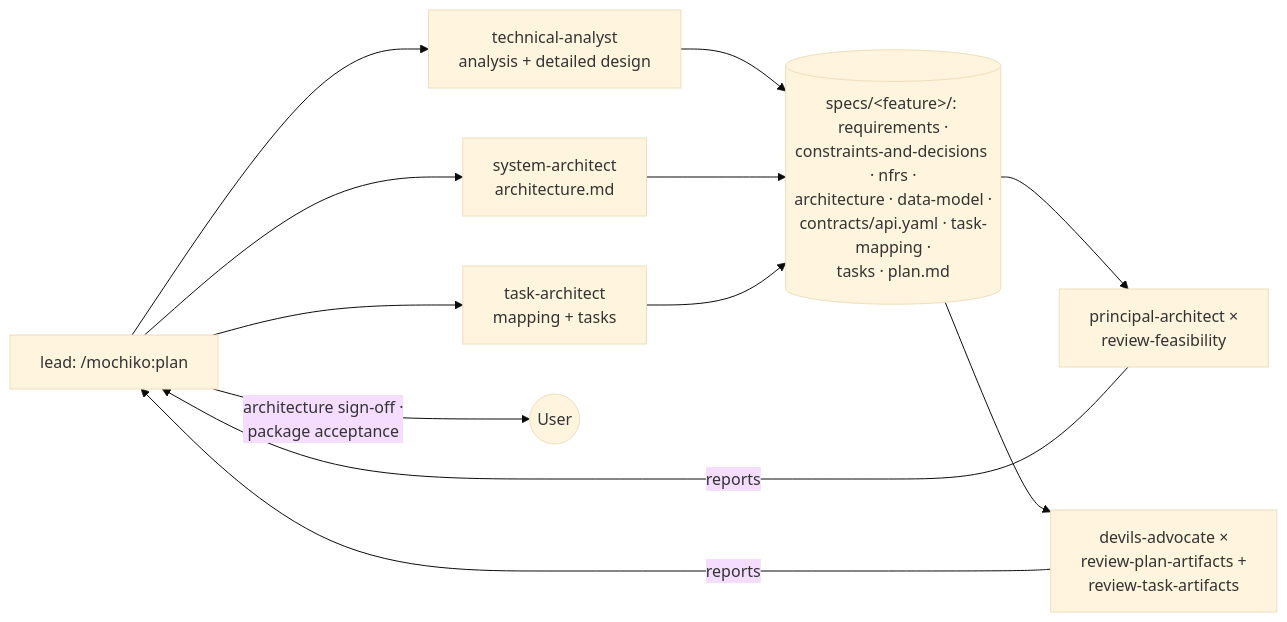
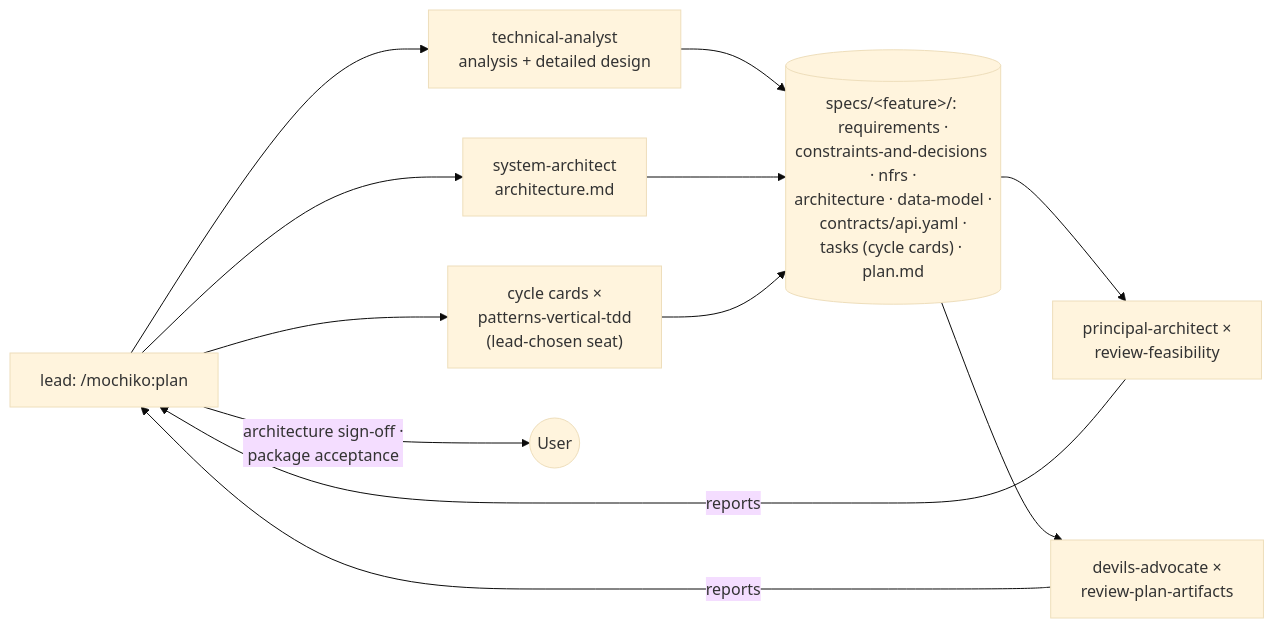
One commit to humaninloop-dev/mochiko changed the sixth of 7 diagrams in ARCHITECTURE.md. Above: the diagram before and after it, drawn with Mermaid (base theme). The commit also changed other lines of this file and 66 other files, not shown here.

````diff
--- a/ARCHITECTURE.md
+++ b/ARCHITECTURE.md
@@ -225,14 +206,14 @@
 ```mermaid
 flowchart LR
   lead["lead: /mochiko:plan"]
   ta["technical-analyst<br/>analysis + detailed design"]
   sa["system-architect<br/>architecture.md"]
-  karch["task-architect<br/>mapping + tasks"]
+  cards["cycle cards ×<br/>patterns-vertical-tdd<br/>(lead-chosen seat)"]
   feas["principal-architect ×<br/>review-feasibility"]
-  comp["devils-advocate ×<br/>review-plan-artifacts +<br/>review-task-artifacts"]
-  lead --> ta & sa & karch
-  ta & sa & karch --> pkg[("specs/&lt;feature&gt;/: requirements ·<br/>constraints-and-decisions · nfrs ·<br/>architecture · data-model ·<br/>contracts/api.yaml · task-mapping ·<br/>tasks · plan.md")]
+  comp["devils-advocate ×<br/>review-plan-artifacts"]
+  lead --> ta & sa & cards
+  ta & sa & cards --> pkg[("specs/&lt;feature&gt;/: requirements ·<br/>constraints-and-decisions · nfrs ·<br/>architecture · data-model ·<br/>contracts/api.yaml ·<br/>tasks (cycle cards) · plan.md")]
   pkg --> feas & comp
   feas & comp -->|"reports"| lead
   lead -->|"architecture sign-off ·<br/>package acceptance"| user(("User"))
 ```
````
